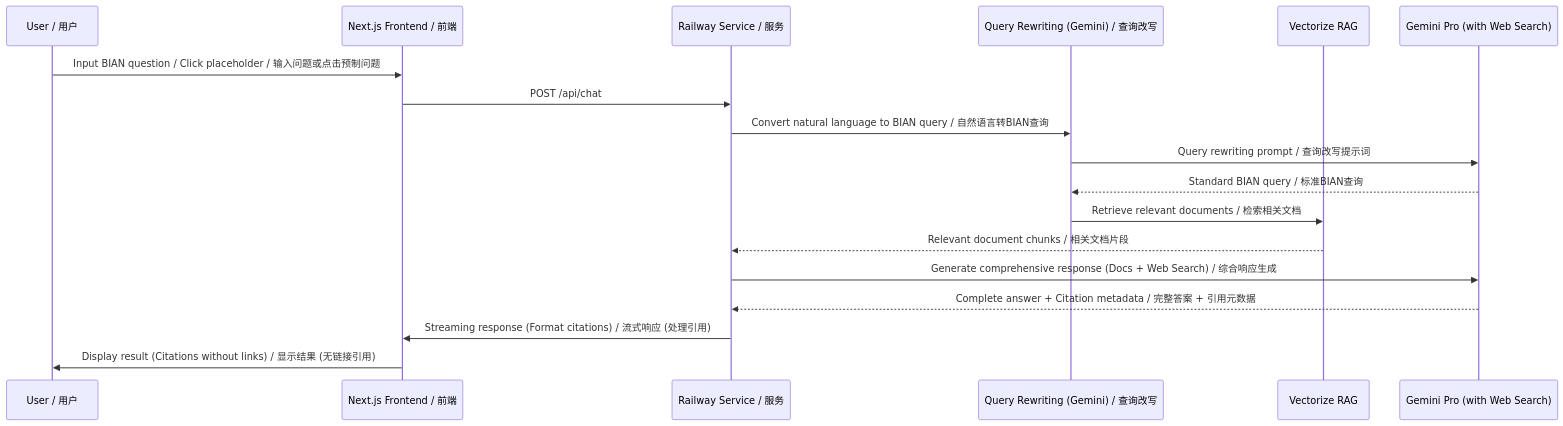
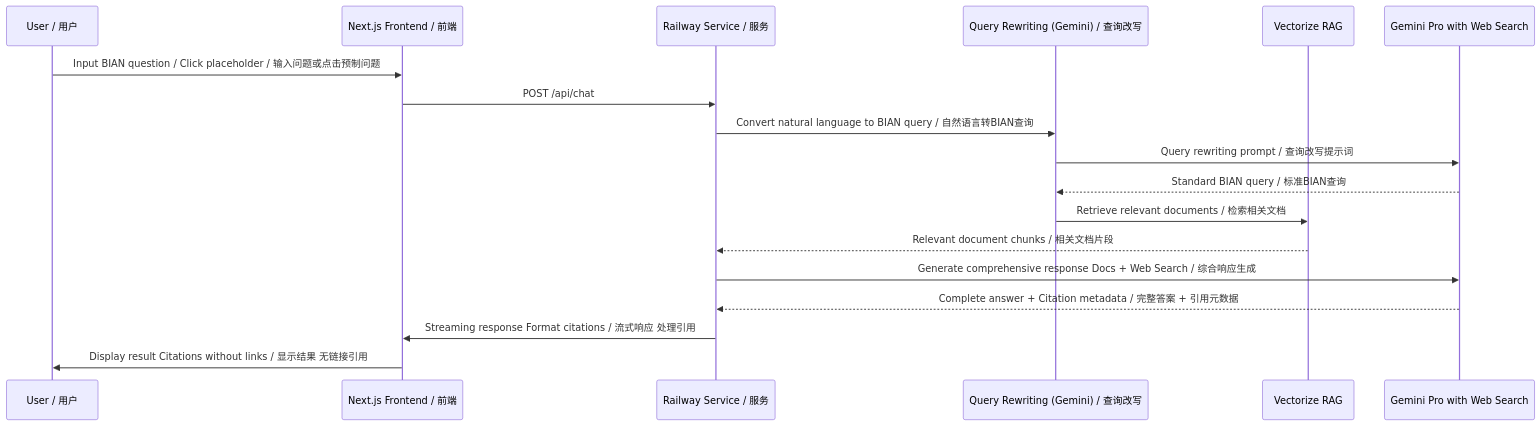
Before and after one commit to sztimhdd/AI_BIAN: the second of 3 diagrams in README.md, drawn with Mermaid. The commit also changed other lines of this file, not shown here.

Commit message:
fixed mermaid

````diff
--- a/README.md
+++ b/README.md
@@ -27,21 +27,21 @@
 ```mermaid
 sequenceDiagram
     participant U as User / 用户
     participant F as Next.js Frontend / 前端
     participant R as Railway Service / 服务
     participant Q as Query Rewriting (Gemini) / 查询改写
     participant V as Vectorize RAG
-    participant G as Gemini Pro (with Web Search)
+    participant G as Gemini Pro with Web Search
 
     U->>F: Input BIAN question / Click placeholder / 输入问题或点击预制问题
     F->>R: POST /api/chat
     R->>Q: Convert natural language to BIAN query / 自然语言转BIAN查询
     Q->>G: Query rewriting prompt / 查询改写提示词
     G-->>Q: Standard BIAN query / 标准BIAN查询
     Q->>V: Retrieve relevant documents / 检索相关文档
     V-->>R: Relevant document chunks / 相关文档片段
-    R->>G: Generate comprehensive response (Docs + Web Search) / 综合响应生成
+    R->>G: Generate comprehensive response Docs + Web Search / 综合响应生成
     G-->>R: Complete answer + Citation metadata / 完整答案 + 引用元数据
-    R->>F: Streaming response (Format citations) / 流式响应 (处理引用)
-    F->>U: Display result (Citations without links) / 显示结果 (无链接引用)
+    R->>F: Streaming response Format citations / 流式响应 处理引用
+    F->>U: Display result Citations without links / 显示结果 无链接引用
 ```
````
